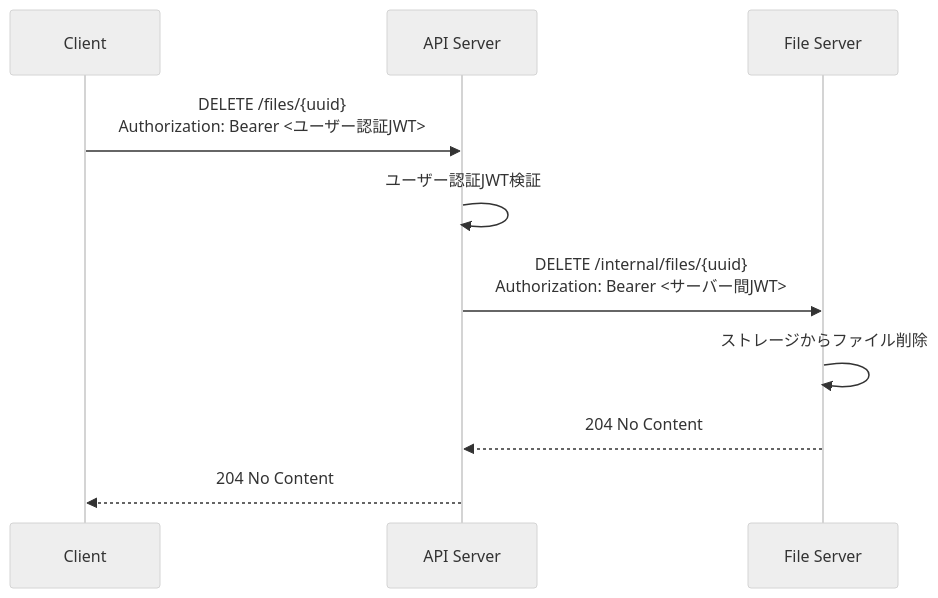
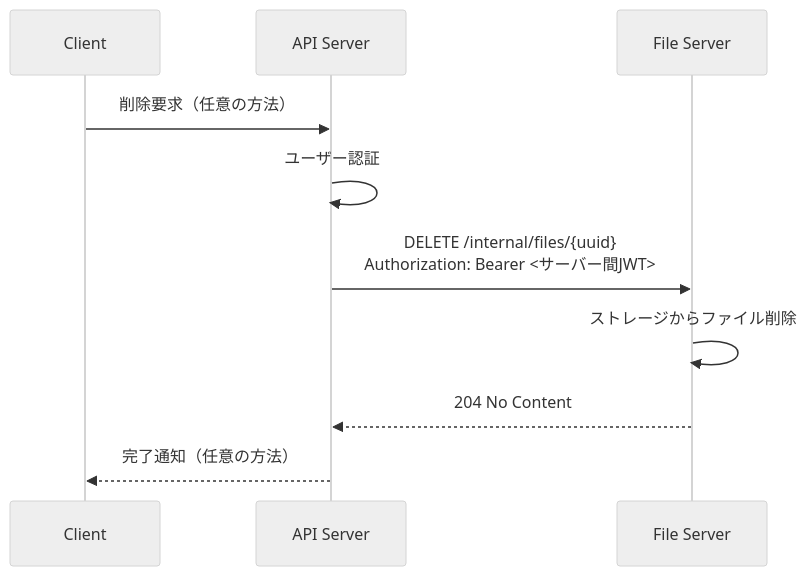
Before and after one commit to kigawa01/kaft: the fourth of 5 diagrams in docs/spec.md, drawn with Mermaid (neutral theme). The commit also changed other lines of this file, not shown here.

````diff
--- a/docs/spec.md
+++ b/docs/spec.md
@@ -171,13 +169,13 @@
 ```mermaid
 sequenceDiagram
     participant C as Client
     participant A as API Server
     participant F as File Server
 
-    C->>A: DELETE /files/{uuid}<br/>Authorization: Bearer <ユーザー認証JWT>
-    A->>A: ユーザー認証JWT検証
+    C->>A: 削除要求（任意の方法）
+    A->>A: ユーザー認証
     A->>F: DELETE /internal/files/{uuid}<br/>Authorization: Bearer <サーバー間JWT>
     F->>F: ストレージからファイル削除
     F-->>A: 204 No Content
-    A-->>C: 204 No Content
+    A-->>C: 完了通知（任意の方法）
 ```
````
